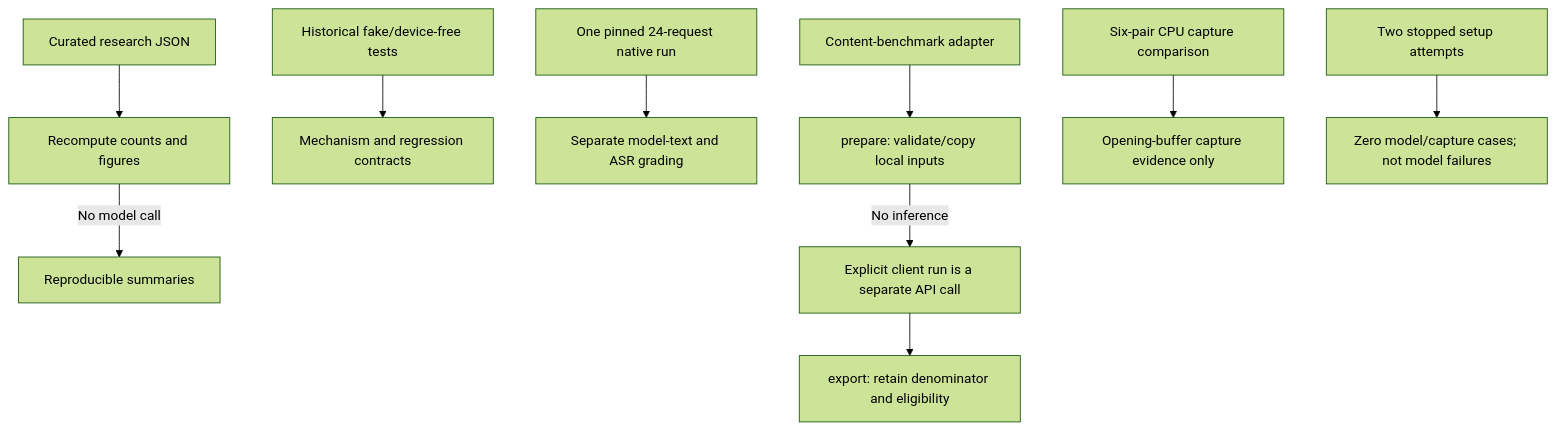
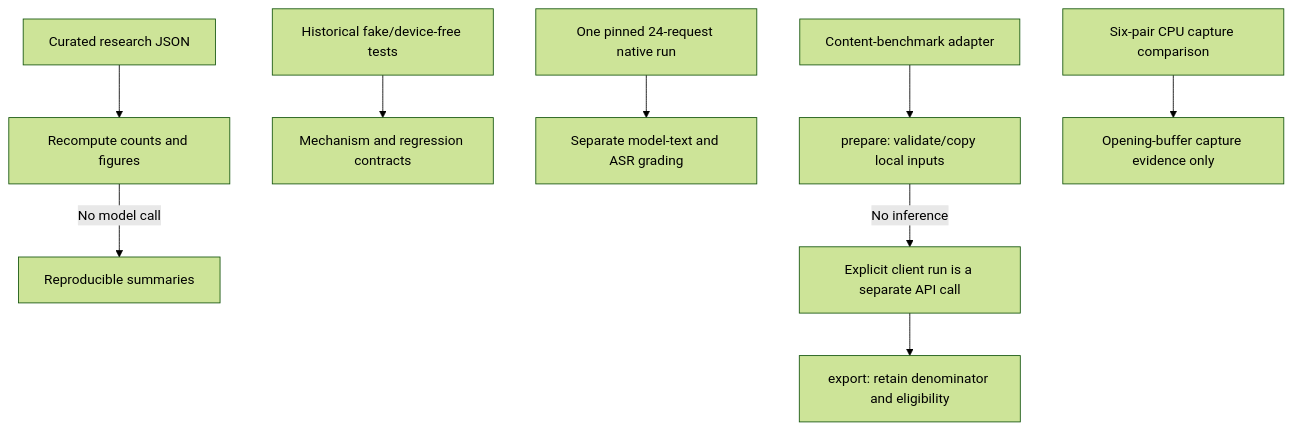
One commit to Arudchayan/Turnwave changed the diagram in docs/EVALUATION.md. Above: the diagram before and after it, drawn with Mermaid (forest theme). The commit also changed other lines of this file and 12 other files, not shown here.

````diff
--- a/docs/EVALUATION.md
+++ b/docs/EVALUATION.md
@@ -7,12 +10,11 @@
 ```mermaid
 flowchart TD
     R[Curated research JSON] --> F[Recompute counts and figures]
     F -->|No model call| C[Reproducible summaries]
     H[Historical fake/device-free tests] --> T[Mechanism and regression contracts]
     N[One pinned 24-request native run] --> G[Separate model-text and ASR grading]
     A[Content-benchmark adapter] --> P[prepare: validate/copy local inputs]
     P -->|No inference| X[Explicit client run is a separate API call]
     X --> E[export: retain denominator and eligibility]
     O[Six-pair CPU capture comparison] --> Q[Opening-buffer capture evidence only]
-    S[Two stopped setup attempts] --> Z[Zero model/capture cases; not model failures]
 ```
````
